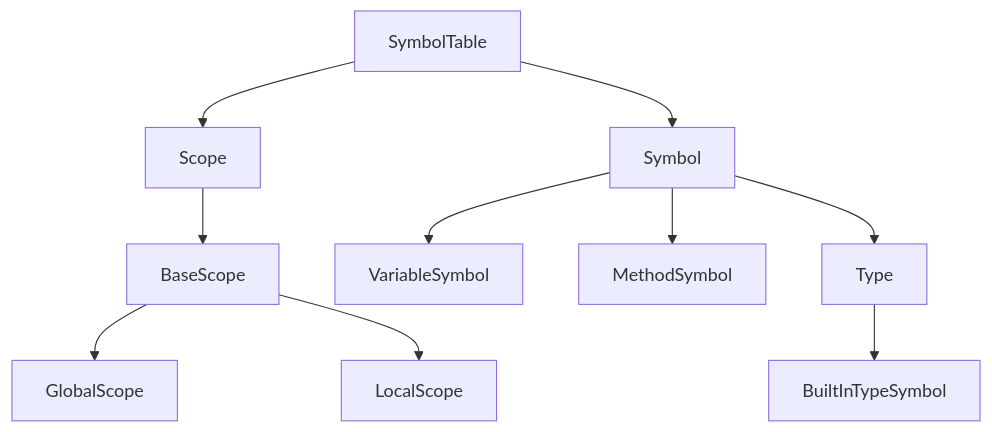
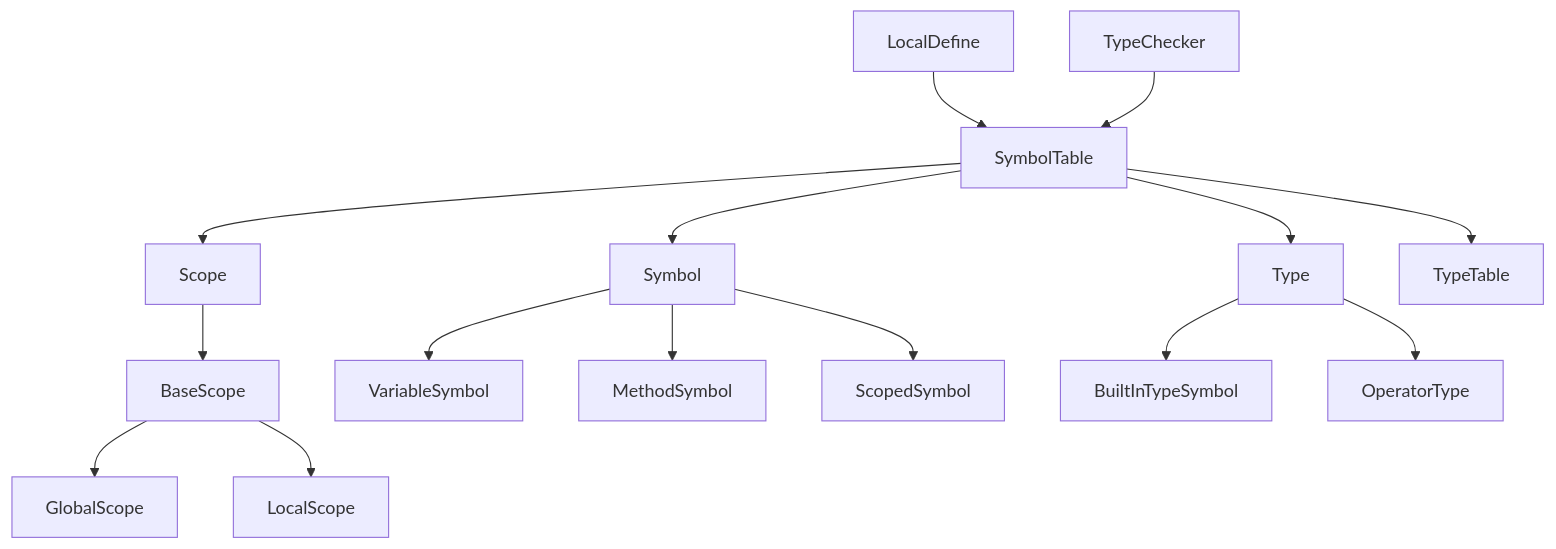
Before and after one commit to whtoo/How_to_implment_PL_in_Antlr4: the third of 13 diagrams in ep20/docs/module-interaction.md, drawn with Mermaid. The commit also changed other lines of this file and 11 other files, not shown here.

First line of the commit message:
docs(README): 更新项目文档和架构图

````diff
--- a/ep20/docs/module-interaction.md
+++ b/ep20/docs/module-interaction.md
@@ -57,14 +79,21 @@
 ```mermaid
 graph TD
     A[Scope] --> B[BaseScope]
     B --> C[GlobalScope]
     B --> D[LocalScope]
     
     E[Symbol] --> F[VariableSymbol]
     E --> G[MethodSymbol]
-    E --> H[Type]
-    H --> I[BuiltInTypeSymbol]
+    E --> H[ScopedSymbol]
     
-    J[SymbolTable] --> A
-    J --> E
+    I[Type] --> J[BuiltInTypeSymbol]
+    I --> K[OperatorType]
+    
+    L[SymbolTable] --> A
+    L --> E
+    L --> I
+    L --> M[TypeTable]
+    
+    N[LocalDefine] --> L
+    O[TypeChecker] --> L
 ```
````
